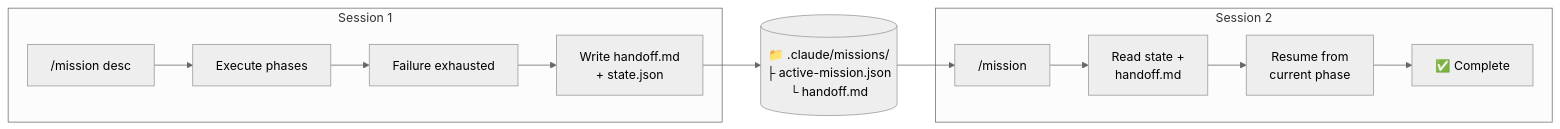
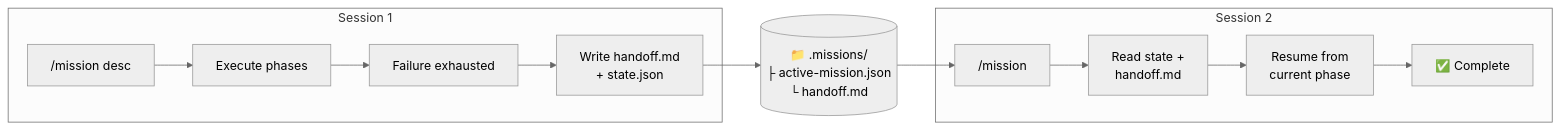
Before and after one commit to itisbryan/claude-missions: the fifth of 5 diagrams in docs/architecture.md, drawn with Mermaid (neutral theme). The commit also changed 15 other files, not shown here.

````diff
--- a/docs/architecture.md
+++ b/docs/architecture.md
@@ -136,18 +136,18 @@
 ```mermaid
 flowchart LR
     subgraph Session1["Session 1"]
         M1["/mission desc"] --> Execute1[Execute phases]
         Execute1 --> Fail1[Failure exhausted]
         Fail1 --> Write1["Write handoff.md\n+ state.json"]
     end
 
-    Write1 --> Disk[("📁 .claude/missions/\n├ active-mission.json\n└ handoff.md")]
+    Write1 --> Disk[("📁 .missions/\n├ active-mission.json\n└ handoff.md")]
 
     Disk --> Resume
 
     subgraph Session2["Session 2"]
         Resume["/mission"] --> ReadState["Read state +\nhandoff.md"]
         ReadState --> Continue["Resume from\ncurrent phase"]
         Continue --> Done2["✅ Complete"]
     end
 ```
````
